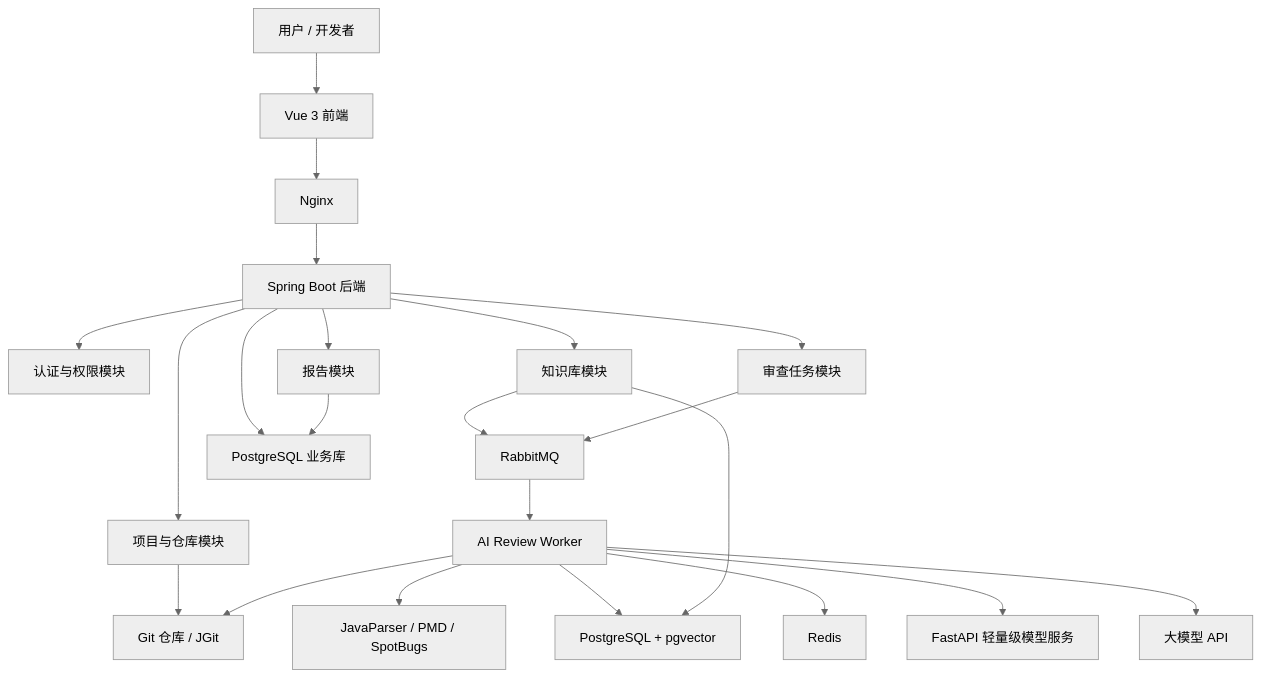
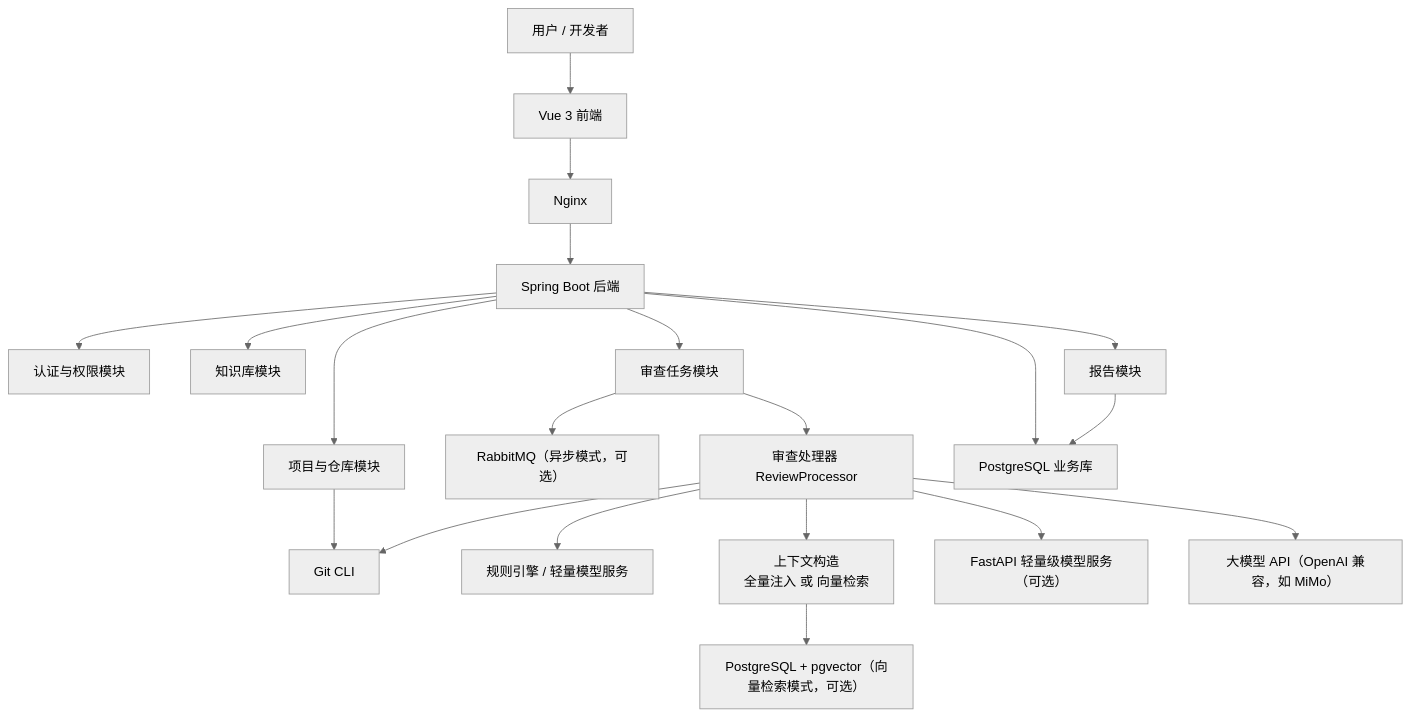
Before and after one commit to LinYsssss/ForgePilot: the first of 5 diagrams in docs/01_系统架构设计说明书.md, drawn with Mermaid (neutral theme). The commit also changed other lines of this file and 54 other files, not shown here.

````diff
--- a/docs/01_系统架构设计说明书.md
+++ b/docs/01_系统架构设计说明书.md
@@ -61,29 +61,26 @@
 ```mermaid
 flowchart TB
     User["用户 / 开发者"] --> Frontend["Vue 3 前端"]
     Frontend --> Nginx["Nginx"]
     Nginx --> Backend["Spring Boot 后端"]
 
     Backend --> Auth["认证与权限模块"]
     Backend --> Project["项目与仓库模块"]
     Backend --> Knowledge["知识库模块"]
     Backend --> Review["审查任务模块"]
     Backend --> Report["报告模块"]
 
-    Project --> Git["Git 仓库 / JGit"]
-    Knowledge --> MQ["RabbitMQ"]
-    Review --> MQ
+    Project --> Git["Git CLI"]
+    Review --> MQ["RabbitMQ（异步模式，可选）"]
 
-    MQ --> Worker["AI Review Worker"]
-
+    Review --> Worker["审查处理器 ReviewProcessor"]
     Worker --> Git
-    Worker --> StaticAnalysis["JavaParser / PMD / SpotBugs"]
-    Worker --> VectorDB["PostgreSQL + pgvector"]
-    Worker --> Redis["Redis"]
-    Worker --> ModelService["FastAPI 轻量级模型服务"]
-    Worker --> LLM["大模型 API"]
+    Worker --> Rules["规则引擎 / 轻量模型服务"]
+    Worker --> RAG["上下文构造<br/>全量注入 或 向量检索"]
+    RAG --> VectorDB["PostgreSQL + pgvector（向量检索模式，可选）"]
+    Worker --> ModelService["FastAPI 轻量级模型服务（可选）"]
+    Worker --> LLM["大模型 API（OpenAI 兼容，如 MiMo）"]
 
     Backend --> DB["PostgreSQL 业务库"]
-    Knowledge --> VectorDB
     Report --> DB
 ```
````
